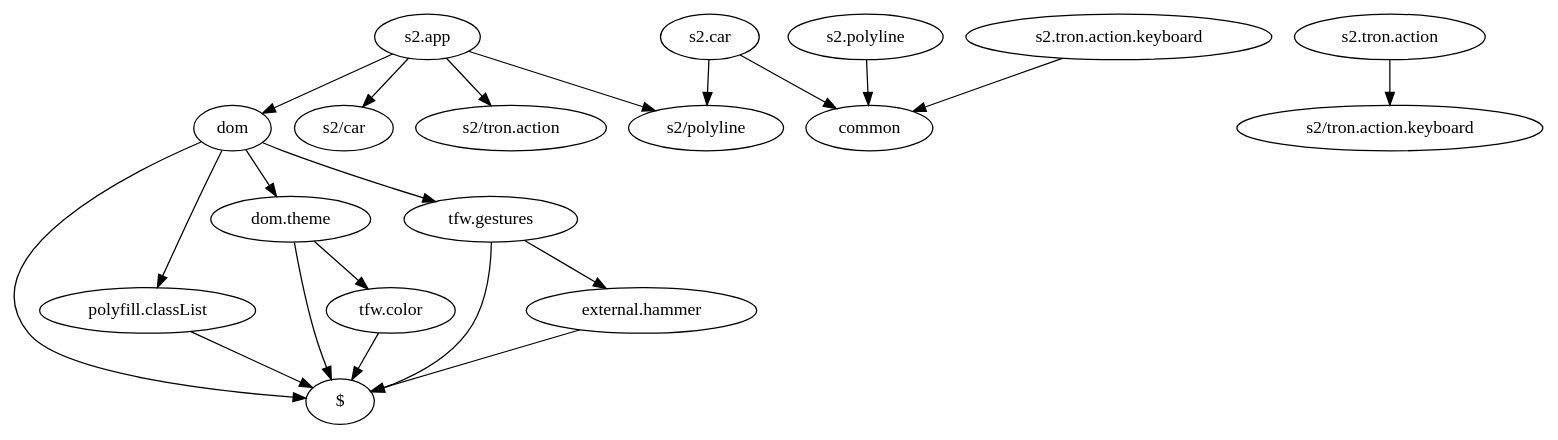
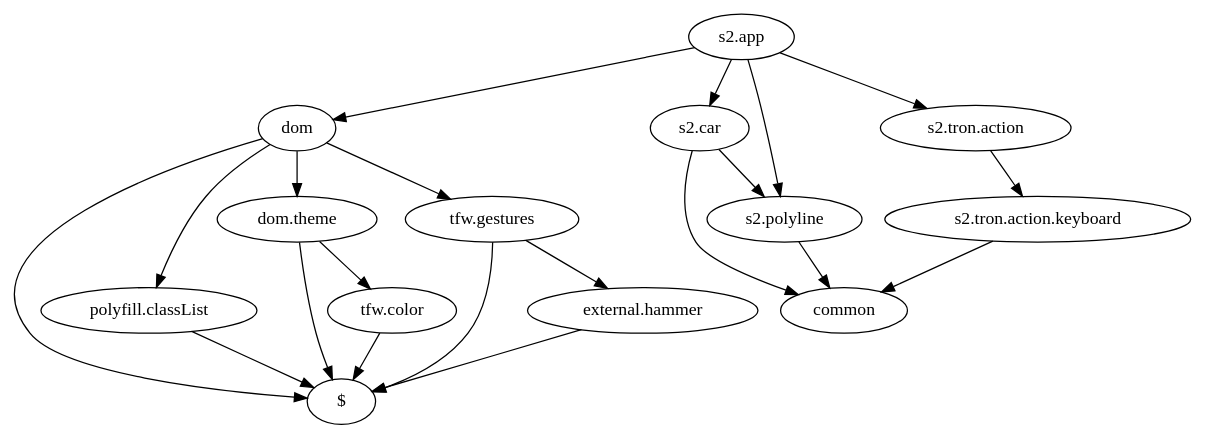
One commit to tolokoban/game-tron changed the diagram in doc/s2.html.dot. Above: the diagram before and after it, drawn with Graphviz. The commit also changed 47 other files, not shown here.

```diff
--- a/doc/s2.html.dot
+++ b/doc/s2.html.dot
@@ -1,32 +1,32 @@
 digraph dependencies {
     "s2.app" -> "dom"
 
-    "s2.app" -> "s2/car"
+    "s2.app" -> "s2.car"
 
-    "s2.app" -> "s2/tron.action"
+    "s2.app" -> "s2.tron.action"
 
-    "s2.app" -> "s2/polyline"
+    "s2.app" -> "s2.polyline"
     "s2.polyline" -> "common"
-    "s2.tron.action" -> "s2/tron.action.keyboard"
+    "s2.tron.action" -> "s2.tron.action.keyboard"
     "s2.tron.action.keyboard" -> "common"
-    "s2.car" -> "s2/polyline"
+    "s2.car" -> "s2.polyline"
 
     "s2.car" -> "common"
     "dom" -> "$"
 
     "dom" -> "polyfill.classList"
 
     "dom" -> "dom.theme"
 
     "dom" -> "tfw.gestures"
     "tfw.gestures" -> "$"
 
     "tfw.gestures" -> "external.hammer"
     "external.hammer" -> "$"
     "dom.theme" -> "$"
 
     "dom.theme" -> "tfw.color"
     "tfw.color" -> "$"
     "polyfill.classList" -> "$"
 
 }
```
